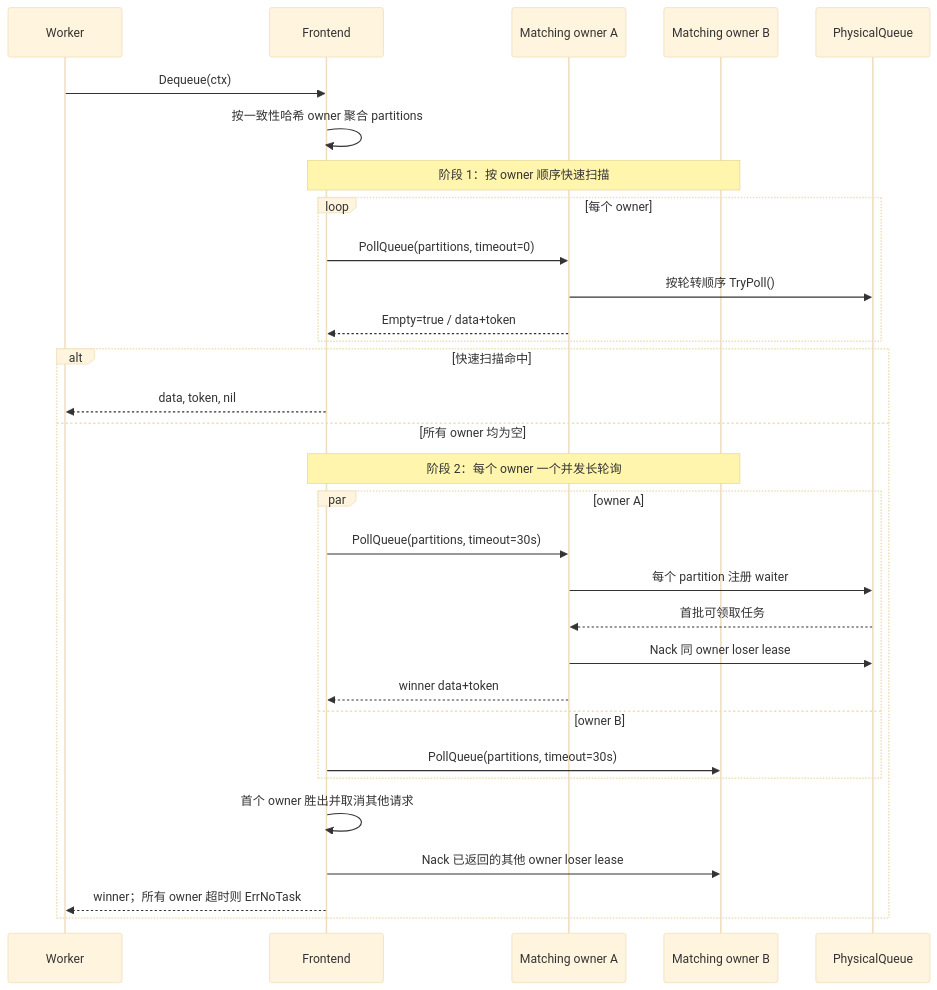
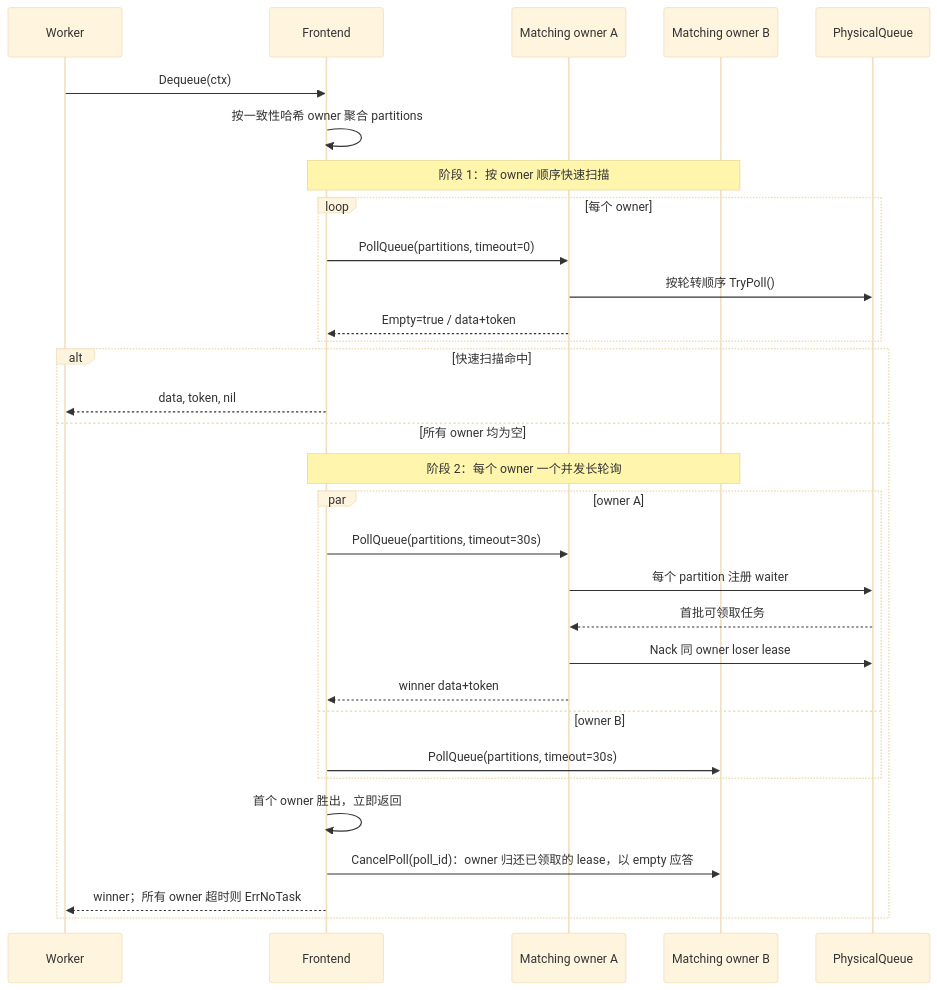
Before and after one commit to donutnomad/taskq: the sixth of 9 diagrams in README.md, drawn with Mermaid (base theme). The commit also changed other lines of this file and 14 other files, not shown here.

````diff
--- a/README.md
+++ b/README.md
@@ -271,36 +272,36 @@
 ```mermaid
 sequenceDiagram
     participant W as Worker
     participant F as Frontend
     participant M1 as Matching owner A
     participant M2 as Matching owner B
     participant PQ as PhysicalQueue
 
     W->>F: Dequeue(ctx)
 	F->>F: 按一致性哈希 owner 聚合 partitions
 
     Note over F,M2: 阶段 1：按 owner 顺序快速扫描
     loop 每个 owner
         F->>M1: PollQueue(partitions, timeout=0)
         M1->>PQ: 按轮转顺序 TryPoll()
         M1-->>F: Empty=true / data+token
     end
 
     alt 快速扫描命中
         F-->>W: data, token, nil
     else 所有 owner 均为空
         Note over F,M2: 阶段 2：每个 owner 一个并发长轮询
         par owner A
             F->>M1: PollQueue(partitions, timeout=30s)
             M1->>PQ: 每个 partition 注册 waiter
             PQ-->>M1: 首批可领取任务
             M1->>PQ: Nack 同 owner loser lease
             M1-->>F: winner data+token
         and owner B
             F->>M2: PollQueue(partitions, timeout=30s)
         end
-        F->>F: 首个 owner 胜出并取消其他请求
-		F->>M2: Nack 已返回的其他 owner loser lease
+        F->>F: 首个 owner 胜出，立即返回
+		F->>M2: CancelPoll(poll_id)：owner 归还已领取的 lease，以 empty 应答
 		F-->>W: winner；所有 owner 超时则 ErrNoTask
     end
 ```
````
